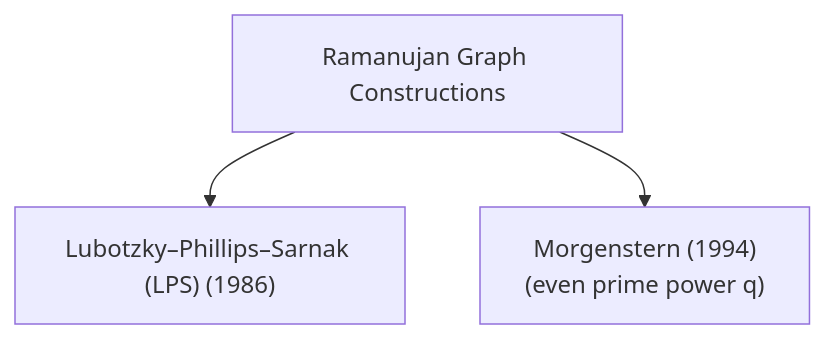
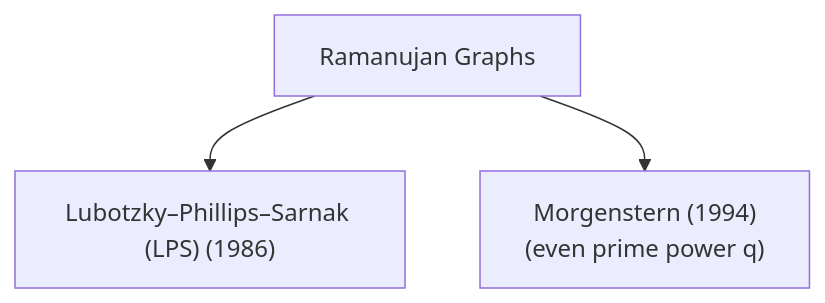
One commit to QuantumSavory/QuantumExpanders.jl changed the second of 2 diagrams in README.md. Above: the diagram before and after it, drawn with Mermaid.

````diff
--- a/README.md
+++ b/README.md
@@ -61,6 +61,6 @@
 ```mermaid
 flowchart TB
-    A["Ramanujan Graph Constructions"]
+    A["Ramanujan Graphs"]
     A --> B["Lubotzky–Phillips–Sarnak (LPS) (1986)"]
     A --> C["Morgenstern (1994)<br/>(even prime power q)"]
 ```
````
